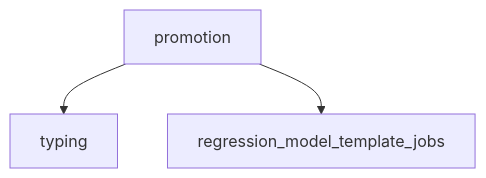
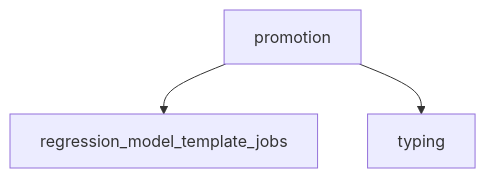
One commit to lgcorzo/mlops-python-package changed the second of 2 diagrams in wiki/promotion.md. Above: the diagram before and after it, drawn with Mermaid. The commit also changed other lines of this file and 31 other files, not shown here.

````diff
--- a/wiki/promotion.md
+++ b/wiki/promotion.md
@@ -26,5 +26,6 @@
 ```mermaid
 flowchart TD
+
+    promotion --> regression_model_template_jobs
     promotion --> typing
-    promotion --> regression_model_template_jobs
 ```
````
